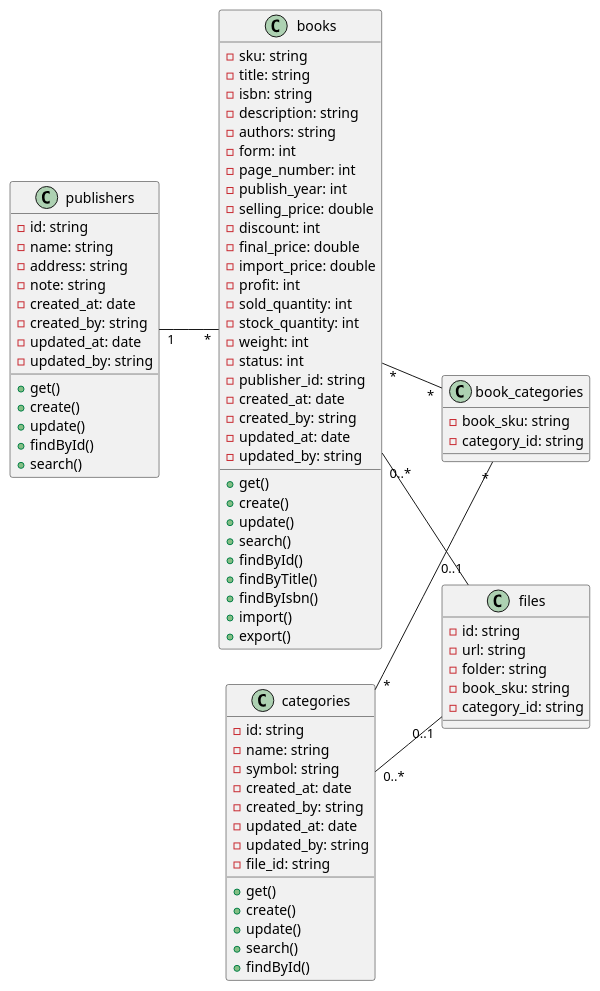
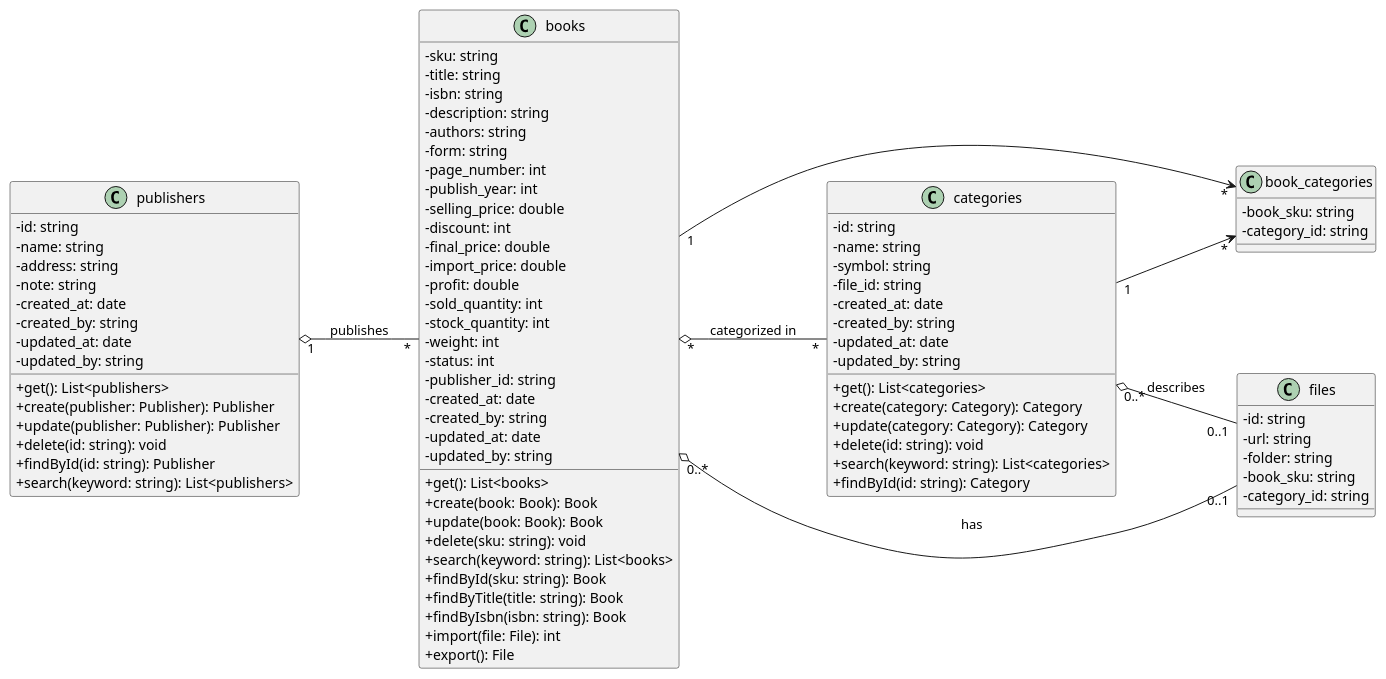
Before and after one commit to khanh-nd1204/book-app: the diagram in app-service/document/class/book.puml, drawn with PlantUML. The commit also changed 10 other files, not shown here.

```diff
--- a/app-service/document/class/book.puml
+++ b/app-service/document/class/book.puml
@@ -1,89 +1,97 @@
 @startuml
 left to right direction
+
+skinparam classAttributeIconSize 0
 
 class publishers {
     - id: string
     - name: string
     - address: string
     - note: string
     - created_at: date
     - created_by: string
     - updated_at: date
     - updated_by: string
-    + get()
-    + create()
-    + update()
-    + findById()
-    + search()
+    + get(): List<publishers>
+    + create(publisher: Publisher): Publisher
+    + update(publisher: Publisher): Publisher
+    + delete(id: string): void
+    + findById(id: string): Publisher
+    + search(keyword: string): List<publishers>
 }
 
 class books {
-    - sku: string 
-    - title: string 
+    - sku: string
+    - title: string
     - isbn: string
     - description: string
     - authors: string
-    - form: int
+    - form: string
     - page_number: int
     - publish_year: int
     - selling_price: double
     - discount: int
     - final_price: double
     - import_price: double
-    - profit: int
+    - profit: double
     - sold_quantity: int
     - stock_quantity: int
     - weight: int
     - status: int
     - publisher_id: string
     - created_at: date
     - created_by: string
     - updated_at: date
     - updated_by: string
-    + get()
-    + create()
-    + update()
-    + search()
-    + findById()
-    + findByTitle()
-    + findByIsbn()
-    + import()
-    + export()
+    + get(): List<books>
+    + create(book: Book): Book
+    + update(book: Book): Book
+    + delete(sku: string): void
+    + search(keyword: string): List<books>
+    + findById(sku: string): Book
+    + findByTitle(title: string): Book
+    + findByIsbn(isbn: string): Book
+    + import(file: File): int
+    + export(): File
 }
 
 class categories {
-    - id: string 
-    - name: string 
+    - id: string
+    - name: string
     - symbol: string
+    - file_id: string
     - created_at: date
     - created_by: string
     - updated_at: date
     - updated_by: string
-    - file_id: string
-    + get()
-    + create()
-    + update()
-    + search()
-    + findById()
+    + get(): List<categories>
+    + create(category: Category): Category
+    + update(category: Category): Category
+    + delete(id: string): void
+    + search(keyword: string): List<categories>
+    + findById(id: string): Category
 }
 
 class book_categories {
     - book_sku: string
     - category_id: string
 }
 
 class files {
-    - id: string 
+    - id: string
     - url: string
     - folder: string
     - book_sku: string
     - category_id: string
 }
 
-books "*" -- "*" book_categories
-publishers "1" -- "*" books
-categories "*" -- "*" book_categories
-books "0..*" -- "0..1" files
-categories "0..*" -- "0..1" files
+' Mối quan hệ và ràng buộc
+publishers "1" o-- "*" books : publishes
+books "*" o-- "*" categories : categorized in
+books "1" --> "*" book_categories
+categories "1" --> "*" book_categories
+
+books "0..*" o-- "0..1" files : has
+categories "0..*" o-- "0..1" files : describes
 
 @enduml
```
